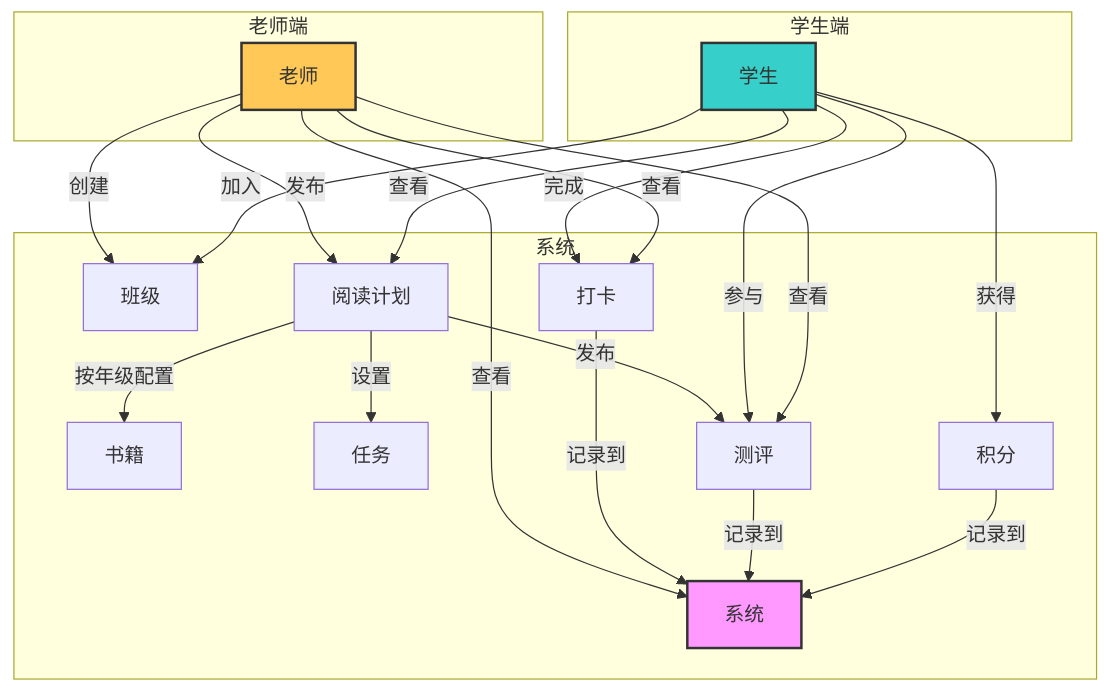
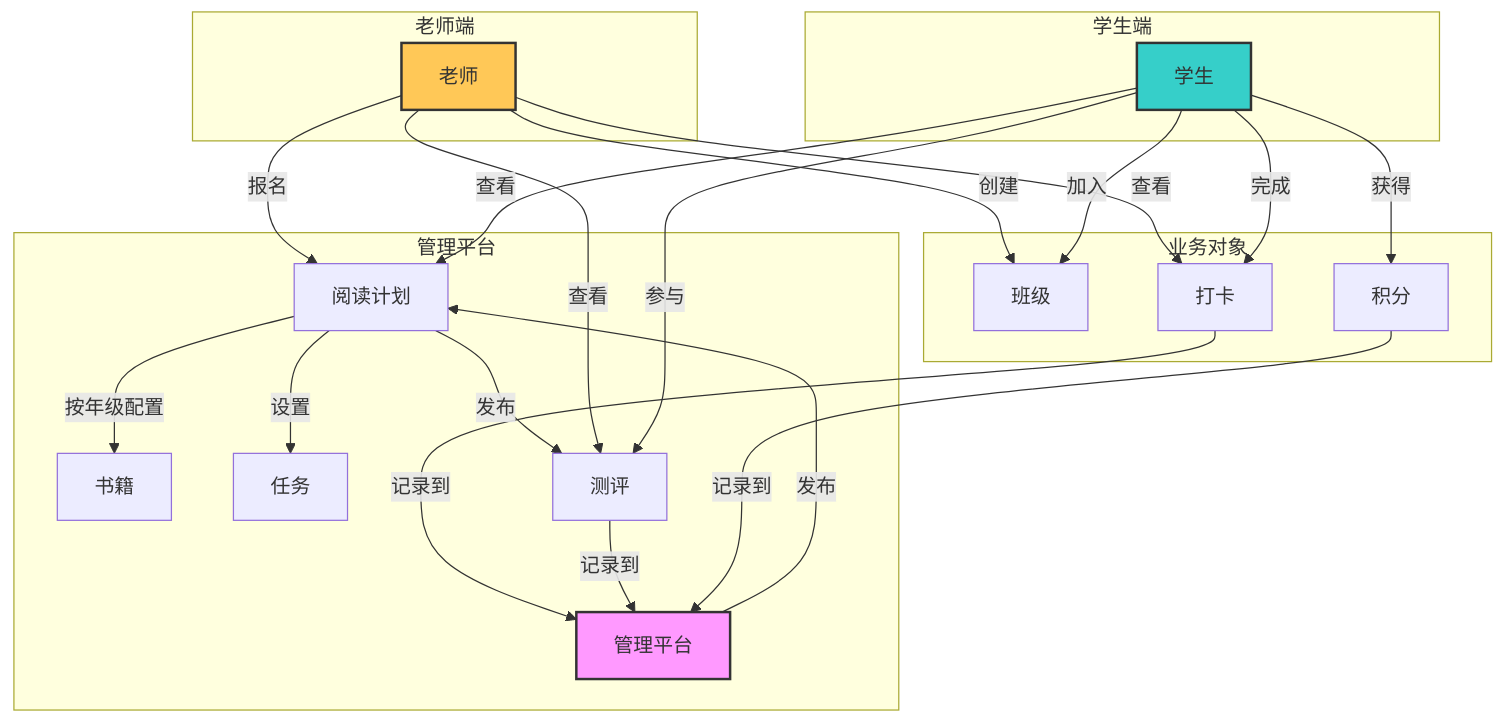
Before and after one commit to 22816523/math-kids: the eighth of 18 diagrams in 2-AI伴读V1.0/PRD文档/校校读吧学生端PRD_V1.0.md, drawn with Mermaid. The commit also changed other lines of this file and 9 other files, not shown here.

````diff
--- a/2-AI伴读V1.0/PRD文档/校校读吧学生端PRD_V1.0.md
+++ b/2-AI伴读V1.0/PRD文档/校校读吧学生端PRD_V1.0.md
@@ -592,45 +590,48 @@
 ```mermaid
 graph TB
     subgraph 老师端
         Teacher[老师]
     end
 
     subgraph 学生端
         Student[学生]
     end
 
-    subgraph 系统
-        System[系统]
-        Class[班级]
+    subgraph 管理平台
+        Admin[管理平台]
         Plan[阅读计划]
         Book[书籍]
         Task[任务]
         Exam[测评]
+    end
+
+    subgraph 业务对象
+        Class[班级]
         CheckIn[打卡]
         Points[积分]
     end
 
-    Teacher -->|创建| Class
-    Teacher -->|发布| Plan
+    Admin -->|发布| Plan
     Plan -->|按年级配置| Book
     Plan -->|设置| Task
     Plan -->|发布| Exam
+
+    Teacher -->|创建| Class
+    Teacher -->|报名| Plan
+    Teacher -->|查看| CheckIn
+    Teacher -->|查看| Exam
 
     Student -->|加入| Class
     Student -->|查看| Plan
     Student -->|完成| CheckIn
     Student -->|参与| Exam
     Student -->|获得| Points
 
-    Teacher -->|查看| CheckIn
-    Teacher -->|查看| Exam
-    Teacher -->|查看| System
-
-    CheckIn -->|记录到| System
-    Exam -->|记录到| System
-    Points -->|记录到| System
+    CheckIn -->|记录到| Admin
+    Exam -->|记录到| Admin
+    Points -->|记录到| Admin
 
     style Teacher fill:#FFC857,stroke:#333,stroke-width:2px
     style Student fill:#36CFC9,stroke:#333,stroke-width:2px
-    style System fill:#f9f,stroke:#333,stroke-width:2px
+    style Admin fill:#f9f,stroke:#333,stroke-width:2px
 ```
````
